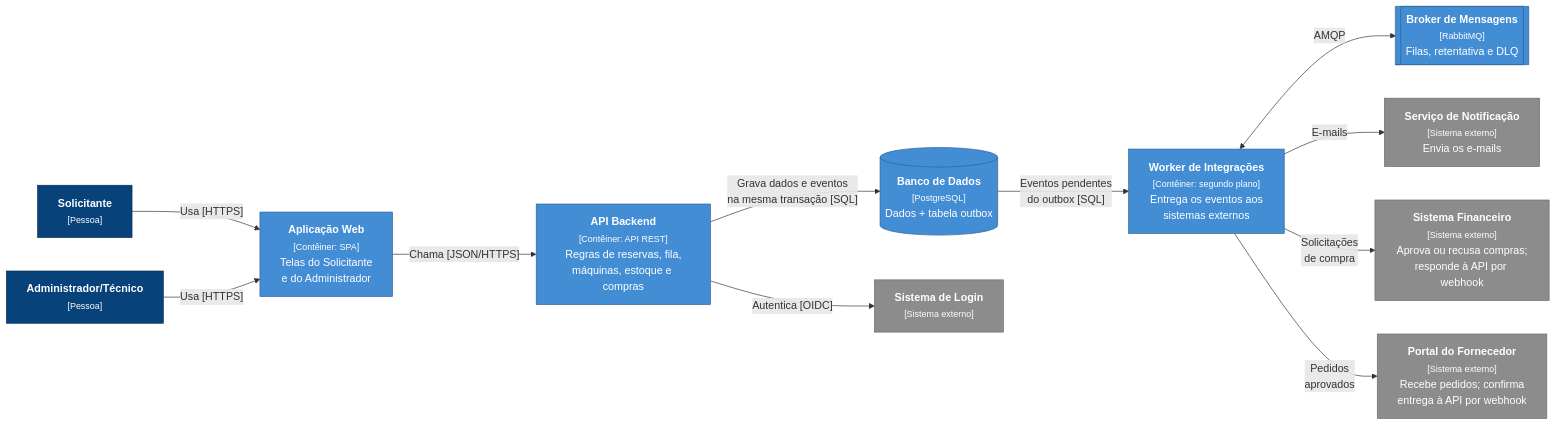
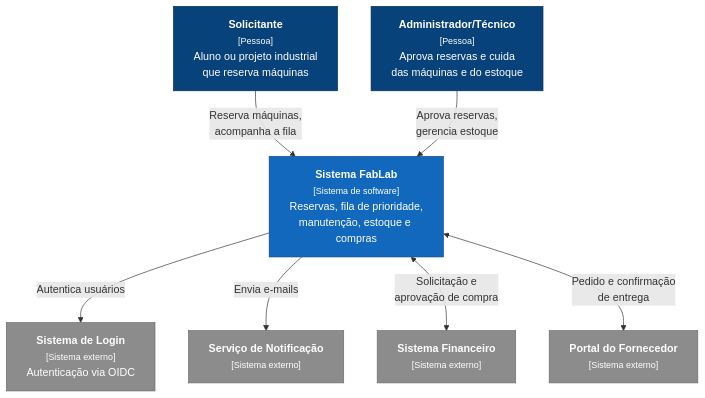
The diagram in docs/architecture/c4-containers-visual.mmd (MateusM312/model-storming-fablab), drawn with Mermaid before and after one commit. The commit also changed 2 other files, not shown here.

Commit message:
container + container visual

```diff
--- a/docs/architecture/c4-containers-visual.mmd
+++ b/docs/architecture/c4-containers-visual.mmd
@@ -1,30 +1,22 @@
-flowchart LR
-    %% Azul = contêineres do Sistema FabLab | Cinza = sistemas externos
+flowchart TB
     classDef pessoa fill:#08427b,stroke:#052e56,color:#fff
-    classDef container fill:#438dd5,stroke:#2e6295,color:#fff
+    classDef sistema fill:#1168bd,stroke:#0b4884,color:#fff
     classDef externo fill:#8c8c8c,stroke:#6b6b6b,color:#fff
 
-    sol["<b>Solicitante</b><br/><small>[Pessoa]</small>"]:::pessoa
-    adm["<b>Administrador/Técnico</b><br/><small>[Pessoa]</small>"]:::pessoa
+    sol["<b>Solicitante</b><br/><small>[Pessoa]</small><br/>Aluno ou projeto industrial<br/>que reserva máquinas"]:::pessoa
+    adm["<b>Administrador/Técnico</b><br/><small>[Pessoa]</small><br/>Aprova reservas e cuida<br/>das máquinas e do estoque"]:::pessoa
 
-    web["<b>Aplicação Web</b><br/><small>[Contêiner: SPA]</small><br/>Telas do Solicitante<br/>e do Administrador"]:::container
-    api["<b>API Backend</b><br/><small>[Contêiner: API REST]</small><br/>Regras de reservas, fila,<br/>máquinas, estoque e compras"]:::container
-    db[("<b>Banco de Dados</b><br/><small>[PostgreSQL]</small><br/>Dados + tabela outbox")]:::container
-    worker["<b>Worker de Integrações</b><br/><small>[Contêiner: segundo plano]</small><br/>Entrega os eventos aos<br/>sistemas externos"]:::container
-    broker[["<b>Broker de Mensagens</b><br/><small>[RabbitMQ]</small><br/>Filas, retentativa e DLQ"]]:::container
+    fab["<b>Sistema FabLab</b><br/><small>[Sistema de software]</small><br/>Reservas, fila de prioridade,<br/>manutenção, estoque e compras"]:::sistema
 
-    login["<b>Sistema de Login</b><br/><small>[Sistema externo]</small>"]:::externo
-    notif["<b>Serviço de Notificação</b><br/><small>[Sistema externo]</small><br/>Envia os e-mails"]:::externo
-    fin["<b>Sistema Financeiro</b><br/><small>[Sistema externo]</small><br/>Aprova ou recusa compras;<br/>responde à API por webhook"]:::externo
-    forn["<b>Portal do Fornecedor</b><br/><small>[Sistema externo]</small><br/>Recebe pedidos; confirma<br/>entrega à API por webhook"]:::externo
+    login["<b>Sistema de Login</b><br/><small>[Sistema externo]</small><br/>Autenticação via OIDC"]:::externo
+    notif["<b>Serviço de Notificação</b><br/><small>[Sistema externo]</small>"]:::externo
+    fin["<b>Sistema Financeiro</b><br/><small>[Sistema externo]</small>"]:::externo
+    forn["<b>Portal do Fornecedor</b><br/><small>[Sistema externo]</small>"]:::externo
 
-    sol -- "Usa [HTTPS]" --> web
-    adm -- "Usa [HTTPS]" --> web
-    web -- "Chama [JSON/HTTPS]" --> api
-    api -- "Autentica [OIDC]" --> login
-    api -- "Grava dados e eventos<br/>na mesma transação [SQL]" --> db
-    db -- "Eventos pendentes<br/>do outbox [SQL]" --> worker
-    worker <-- "AMQP" --> broker
-    worker -- "E-mails" --> notif
-    worker -- "Solicitações<br/>de compra" --> fin
-    worker -- "Pedidos<br/>aprovados" --> forn
+    sol -- "Reserva máquinas,<br/>acompanha a fila" --> fab
+    adm -- "Aprova reservas,<br/>gerencia estoque" --> fab
+
+    fab -- "Autentica usuários" --> login
+    fab -- "Envia e-mails" --> notif
+    fab <-- "Solicitação e<br/>aprovação de compra" --> fin
+    fab <-- "Pedido e confirmação<br/>de entrega" --> forn
```
